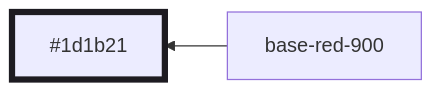
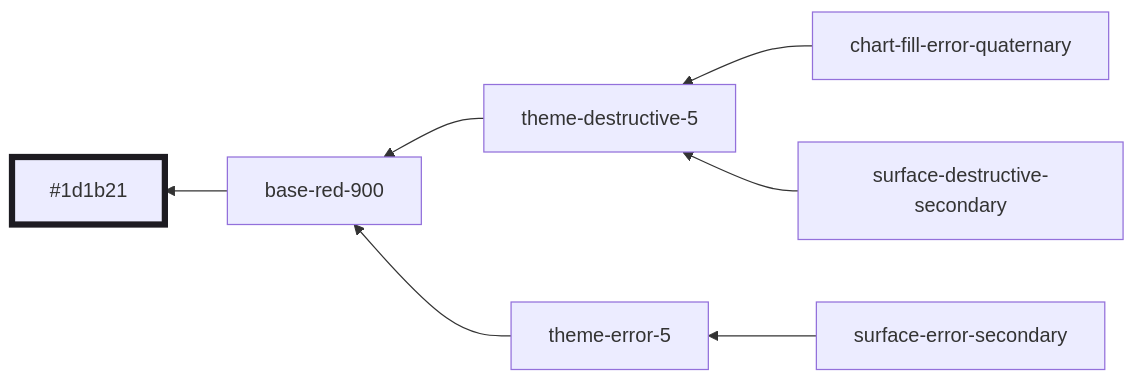
Before and after one commit to oxidecomputer/console: diagram 15 of 29 in libs/ui/styles/themes/operator-mode.md, drawn with Mermaid. The commit also changed other lines of this file and 4 other files, not shown here.

````diff
--- a/libs/ui/styles/themes/operator-mode.md
+++ b/libs/ui/styles/themes/operator-mode.md
@@ -139,6 +214,11 @@
 ```mermaid
 graph RL
   base-red-900 --> #1d1b21:::base-red-900
+  theme-destructive-5 --> base-red-900
+  theme-error-5 --> base-red-900
+  chart-fill-error-quaternary --> theme-destructive-5
+  surface-destructive-secondary --> theme-destructive-5
+  surface-error-secondary --> theme-error-5
 
   classDef base-red-900 stroke-width:5,stroke:#1d1b21
 ```
````
